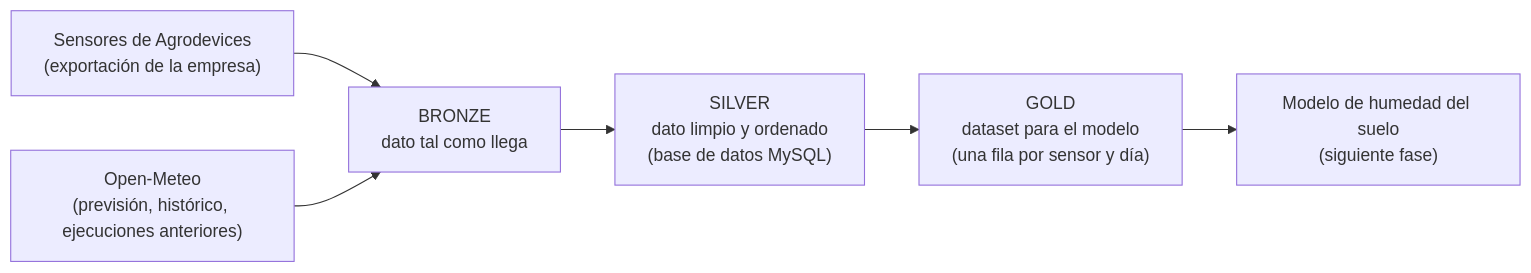
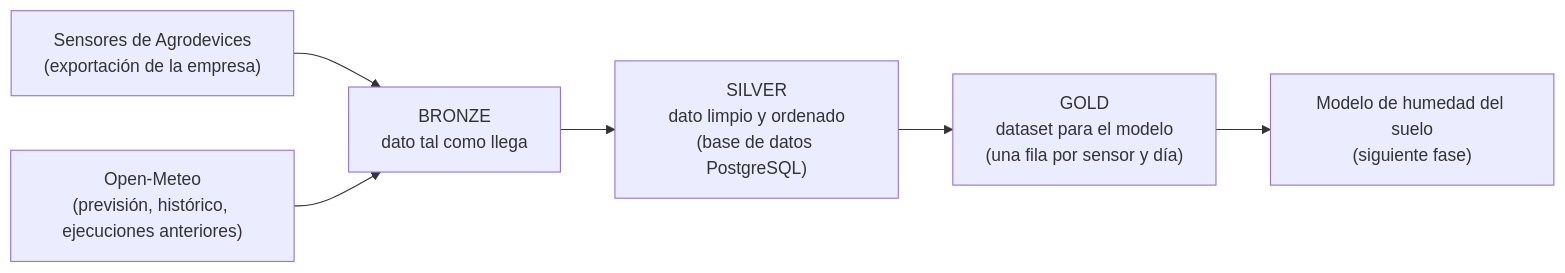
One commit to LaiaRomera/irrigation-app changed the diagram in docs/deliverations/02_datos_y_preparacion.md. Above: the diagram before and after it, drawn with Mermaid. The commit also changed other lines of this file and 11 other files, not shown here.

First line of the commit message:
Migrate database from MySQL to PostgreSQL with pgvector

````diff
--- a/docs/deliverations/02_datos_y_preparacion.md
+++ b/docs/deliverations/02_datos_y_preparacion.md
@@ -112,8 +112,8 @@
 ```mermaid
 flowchart LR
     A["Sensores de Agrodevices<br/>(exportación de la empresa)"] --> B
     O["Open-Meteo<br/>(previsión, histórico, ejecuciones anteriores)"] --> B
-    B["BRONZE<br/>dato tal como llega"] --> S["SILVER<br/>dato limpio y ordenado<br/>(base de datos MySQL)"]
+    B["BRONZE<br/>dato tal como llega"] --> S["SILVER<br/>dato limpio y ordenado<br/>(base de datos PostgreSQL)"]
     S --> G["GOLD<br/>dataset para el modelo<br/>(una fila por sensor y día)"]
     G --> M["Modelo de humedad del suelo<br/>(siguiente fase)"]
 ```
````
